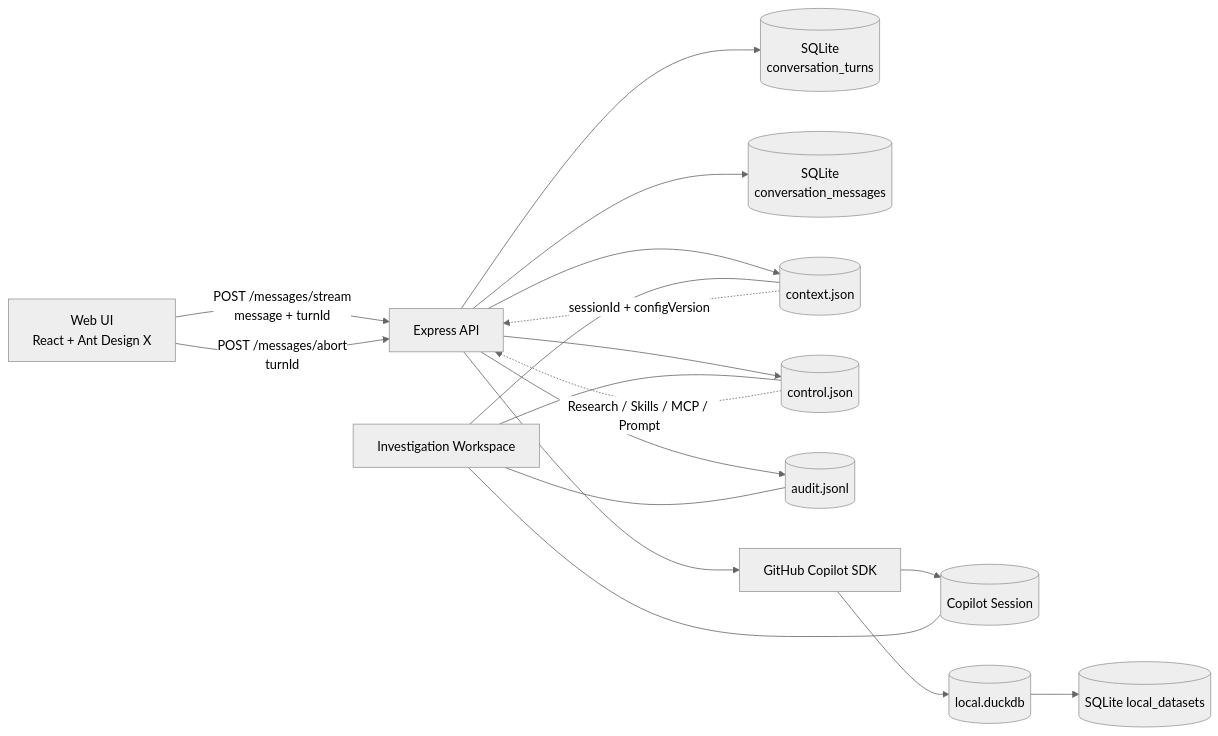
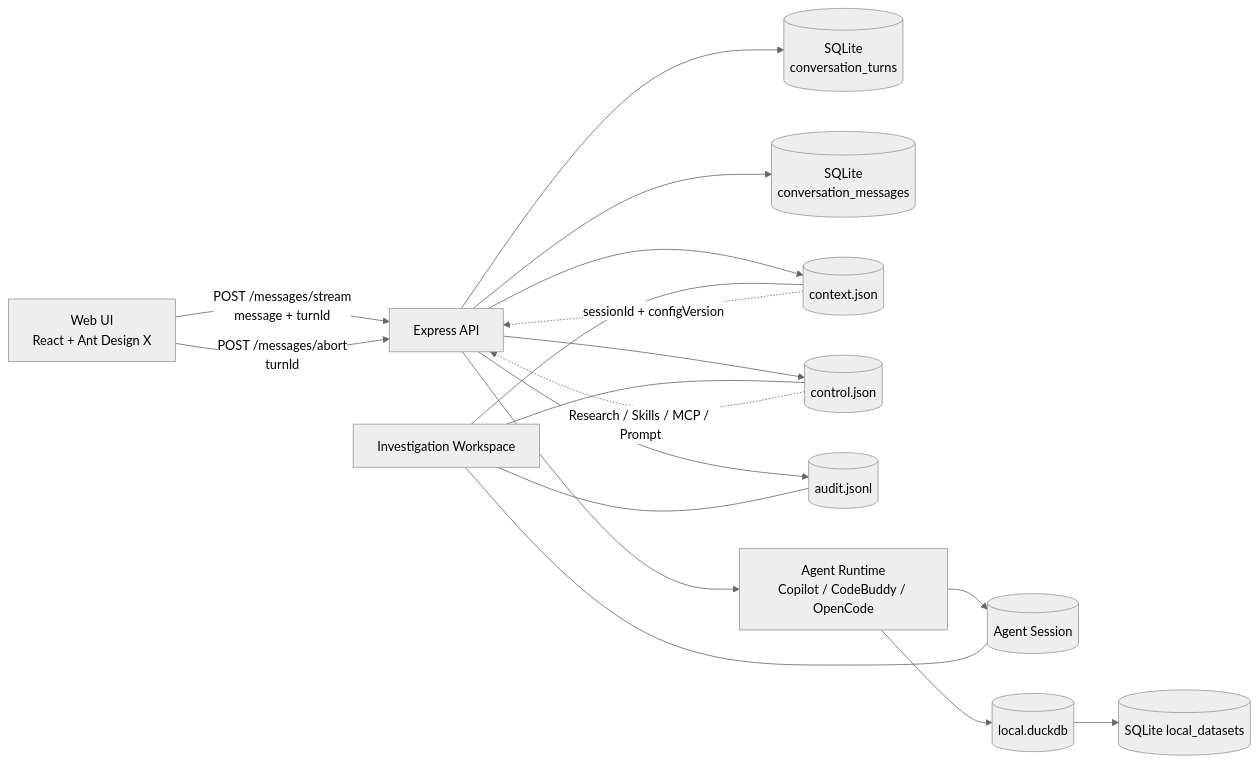
One commit to saga/agentic-data-architect changed the first of 8 diagrams in docs/data-control-flow.md. Above: the diagram before and after it, drawn with Mermaid (neutral theme). The commit also changed other lines of this file, not shown here.

Commit message:
docs: generalize control flow to all agent runtimes

```diff
--- a/docs/data-control-flow.md
+++ b/docs/data-control-flow.md
@@ -36,35 +36,35 @@
 ~~~mermaid
 flowchart LR
     Browser[Web UI<br/>React + Ant Design X]
     API[Express API]
     Turn[(SQLite<br/>conversation_turns)]
     Msg[(SQLite<br/>conversation_messages)]
     Context[(context.json)]
     Control[(control.json)]
     Audit[(audit.jsonl)]
-    Copilot[GitHub Copilot SDK]
-    Session[(Copilot Session)]
+    Runtime[Agent Runtime<br/>Copilot / CodeBuddy / OpenCode]
+    Session[(Agent Session)]
     Workspace[Investigation Workspace]
     DuckDB[(local.duckdb)]
     Dataset[(SQLite local_datasets)]
 
     Browser -->|POST /messages/stream<br/>message + turnId| API
     Browser -->|POST /messages/abort<br/>turnId| API
     API --> Turn
     API --> Msg
     API --> Context
     API --> Control
     API --> Audit
-    API --> Copilot
-    Copilot --> DuckDB
+    API --> Runtime
+    Runtime --> DuckDB
     DuckDB --> Dataset
-    Copilot --> Session
+    Runtime --> Session
 
     Context -.->|sessionId + configVersion| API
     Control -.->|Research / Skills / MCP / Prompt| API
 
     Workspace --- Context
     Workspace --- Control
     Workspace --- Audit
     Workspace --- Session
 ~~~
```
